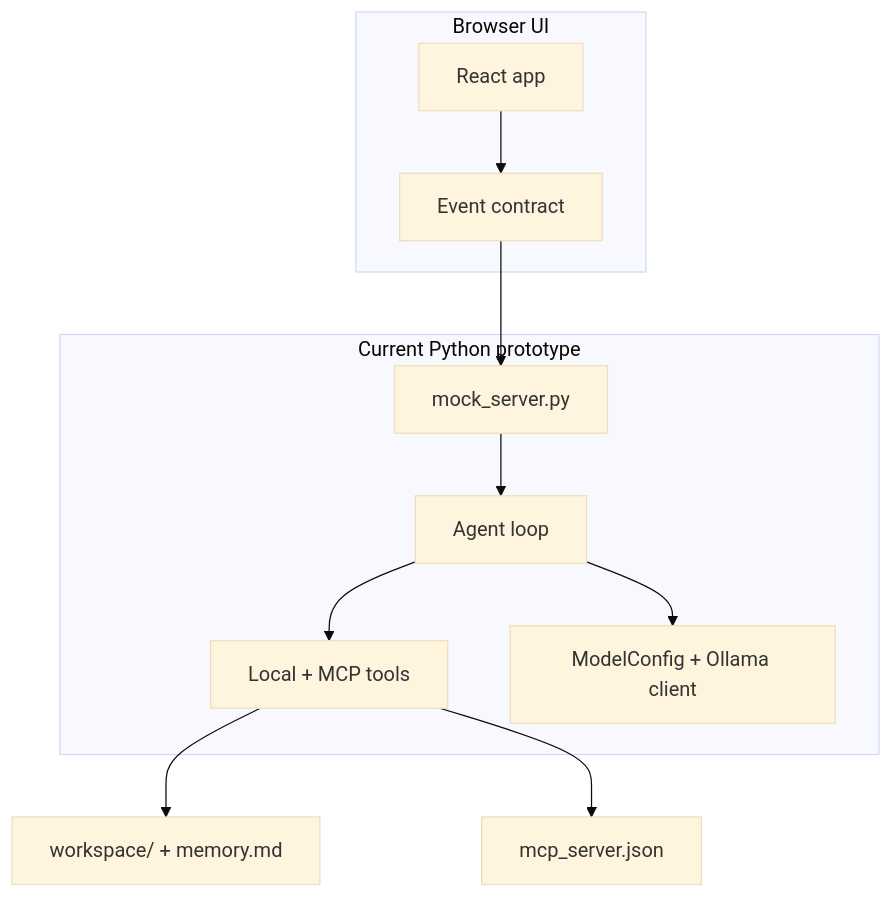
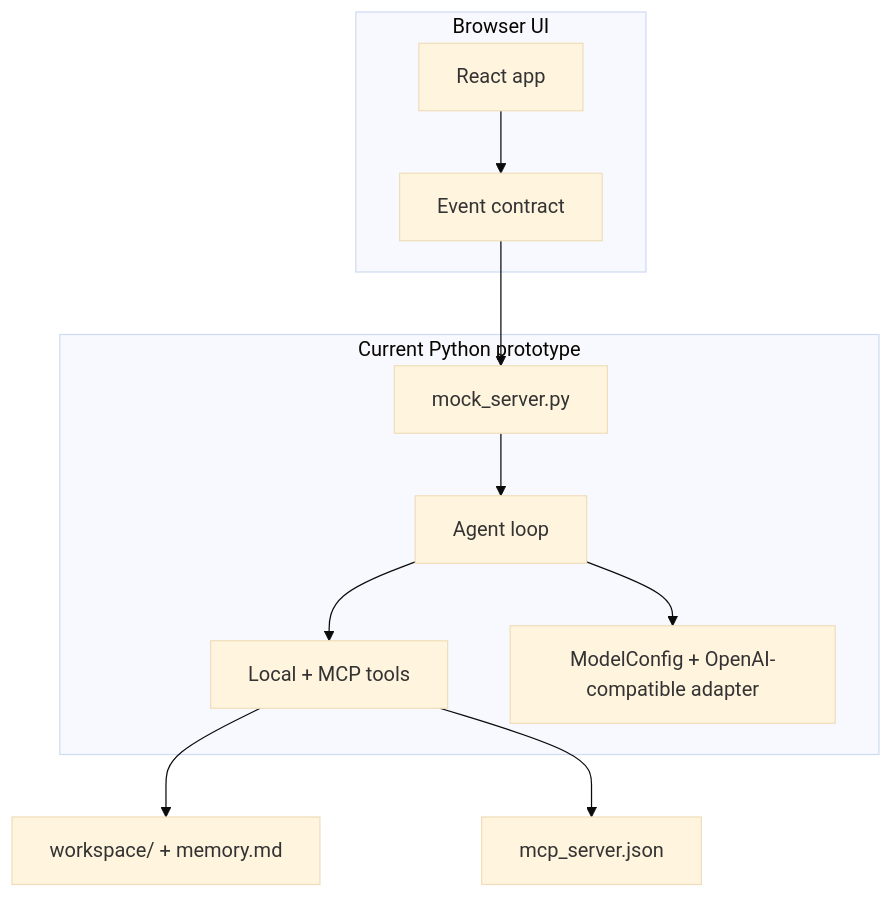
Before and after one commit to LS-Stray-Synapses/Axol: the first of 2 diagrams in docs/Architecture/Overview.md, drawn with Mermaid (base theme). The commit also changed other lines of this file and 8 other files, not shown here.

Commit message:
- Reverse to OpenAI api to use llama.cpp for local models - Added reasoning(thinking) mechanism to work with llama.cpp and ollama - Updated docs

````diff
--- a/docs/Architecture/Overview.md
+++ b/docs/Architecture/Overview.md
@@ -13,22 +13,22 @@
 ```mermaid
 flowchart TB
     subgraph Browser[Browser UI]
         UI[React app]
         Contract[Event contract]
     end
 
     subgraph Runtime[Current Python prototype]
         Mock[mock_server.py]
         Agent[Agent loop]
         Tools[Local + MCP tools]
-        Models[ModelConfig + Ollama client]
+        Models[ModelConfig + OpenAI-compatible adapter]
     end
 
     UI --> Contract
     Contract --> Mock
     Mock --> Agent
     Agent --> Tools
     Agent --> Models
     Tools --> Workspace[workspace/ + memory.md]
     Tools --> MCP[mcp_server.json]
 ```
````
